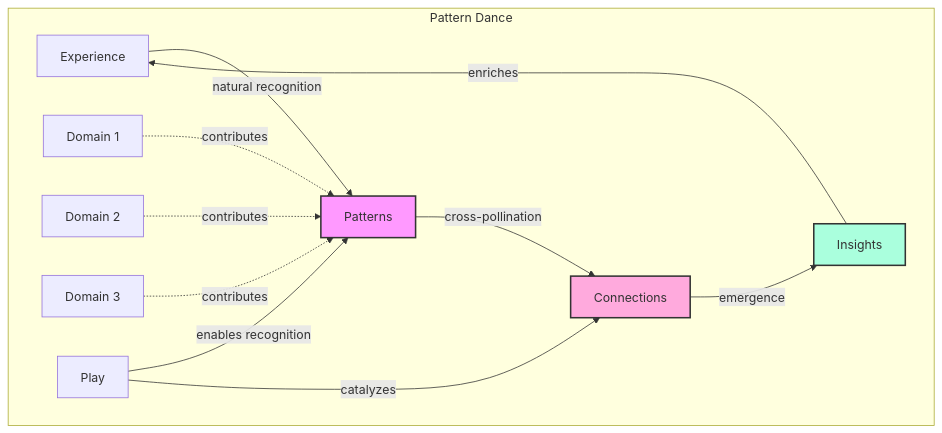
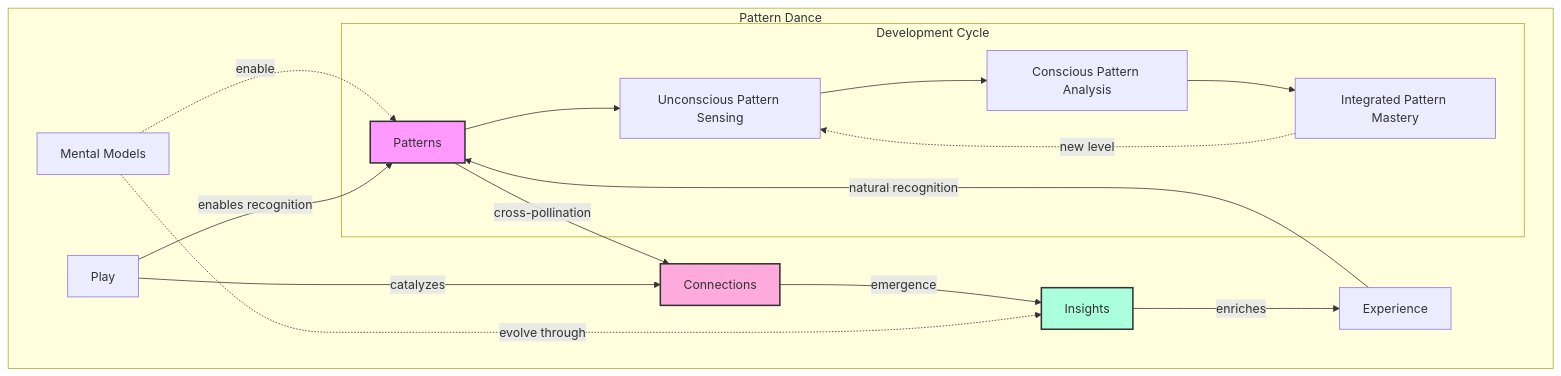
One commit to phillipclapham/neuroweaver changed diagram 15 of 43 in README.md. Above: the diagram before and after it, drawn with Mermaid. The commit also changed other lines of this file, not shown here.

````diff
--- a/README.md
+++ b/README.md
@@ -583,20 +954,26 @@
 ```mermaid
 graph TD
     subgraph "Pattern Dance"
         E[Experience] -->|natural recognition| P[Patterns]
         P -->|cross-pollination| C[Connections]
         C -->|emergence| I[Insights]
         I -->|enriches| E
 
-        D1[Domain 1] -.->|contributes| P
-        D2[Domain 2] -.->|contributes| P
-        D3[Domain 3] -.->|contributes| P
+        MM[Mental Models] -.->|enable| P
+        MM -.->|evolve through| I
+
+        subgraph "Development Cycle"
+            P --> U[Unconscious Pattern Sensing]
+            U --> C1[Conscious Pattern Analysis]
+            C1 --> I1[Integrated Pattern Mastery]
+            I1 -.->|new level| U
+        end
 
         PL[Play] -->|enables recognition| P
         PL -->|catalyzes| C
     end
 
     style P fill:#f9f,stroke:#333,stroke-width:2px
     style C fill:#fad,stroke:#333,stroke-width:2px
     style I fill:#afd,stroke:#333,stroke-width:2px
 ```
````
